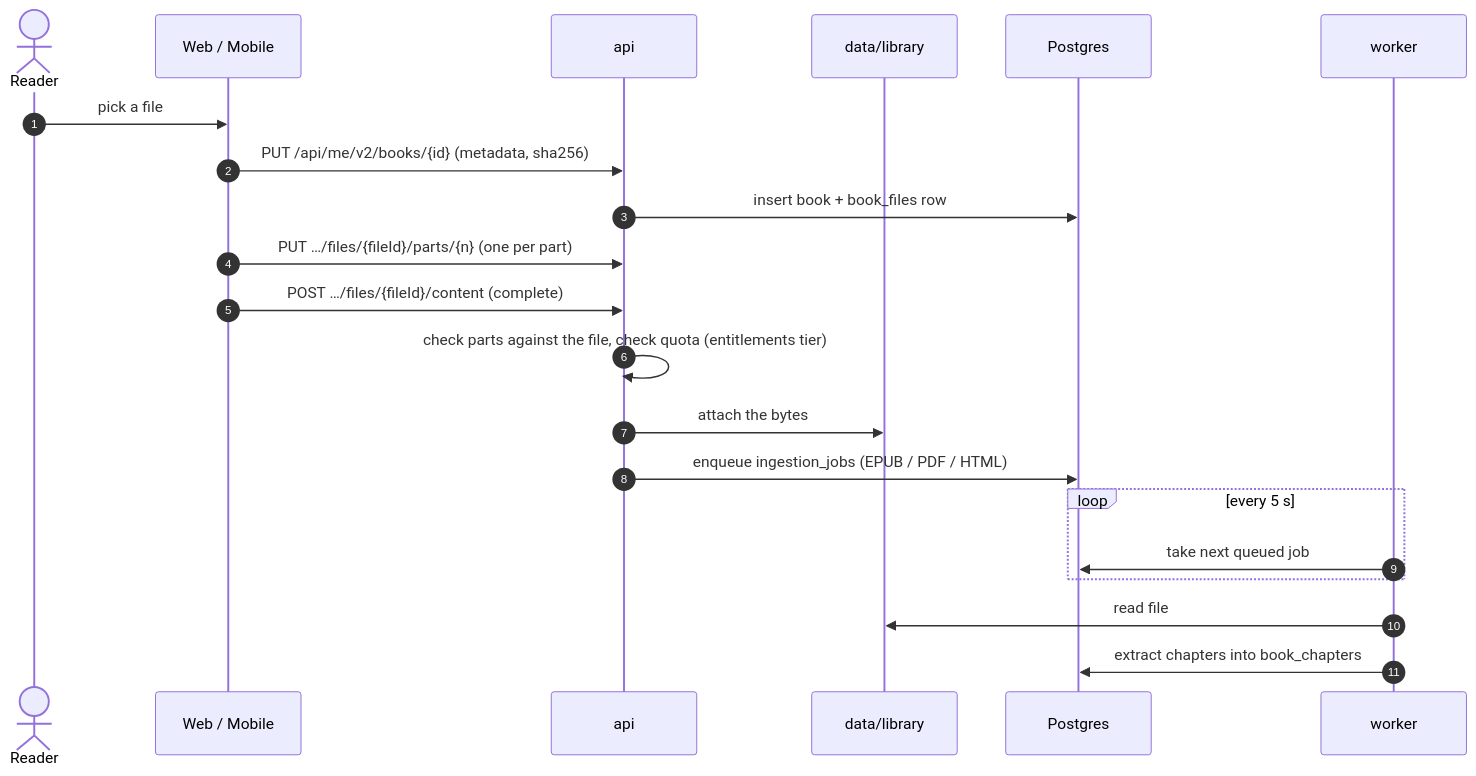
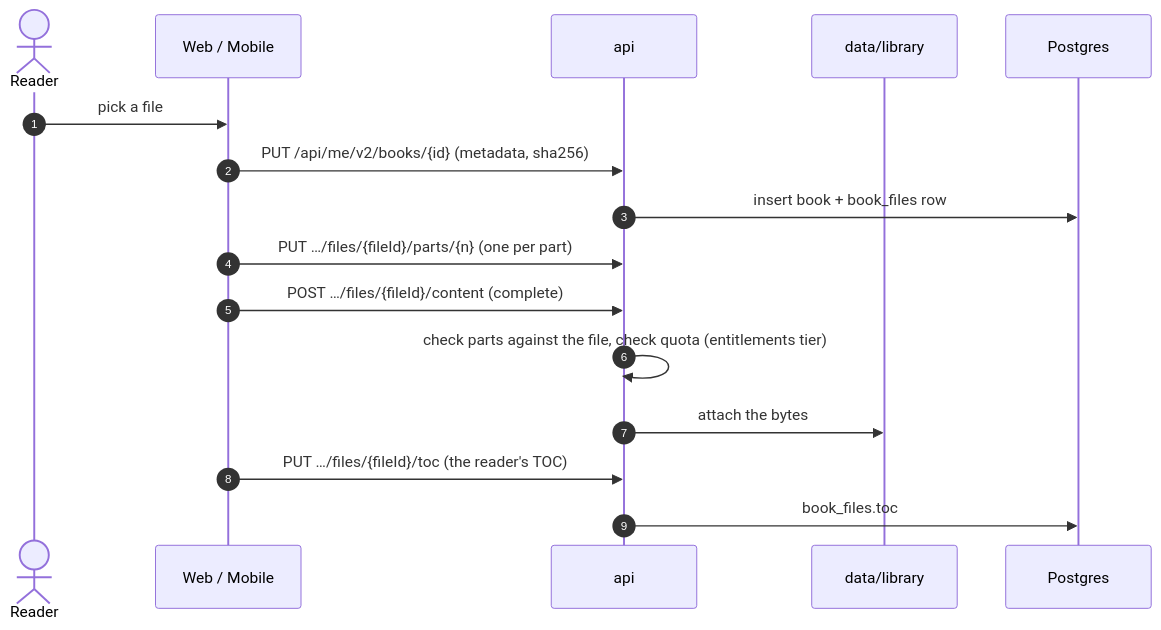
The second of 4 diagrams in docs/architecture/flows.md (mrviduus/textstack), drawn with Mermaid before and after one commit. The commit also changed other lines of this file and 117 other files, not shown here.

````diff
--- a/docs/architecture/flows.md
+++ b/docs/architecture/flows.md
@@ -57,24 +57,19 @@
 ```mermaid
 sequenceDiagram
     autonumber
     actor U as Reader
     participant c as Web / Mobile
     participant api
     participant fs as data/library
     participant db as Postgres
-    participant wk as worker
 
     U->>c: pick a file
     c->>api: PUT /api/me/v2/books/{id} (metadata, sha256)
     api->>db: insert book + book_files row
     c->>api: PUT …/files/{fileId}/parts/{n} (one per part)
     c->>api: POST …/files/{fileId}/content (complete)
     api->>api: check parts against the file, check quota (entitlements tier)
     api->>fs: attach the bytes
-    api->>db: enqueue ingestion_jobs (EPUB / PDF / HTML)
-    loop every 5 s
-        wk->>db: take next queued job
-    end
-    wk->>fs: read file
-    wk->>db: extract chapters into book_chapters
+    c->>api: PUT …/files/{fileId}/toc (the reader's TOC)
+    api->>db: book_files.toc
 ```
````
